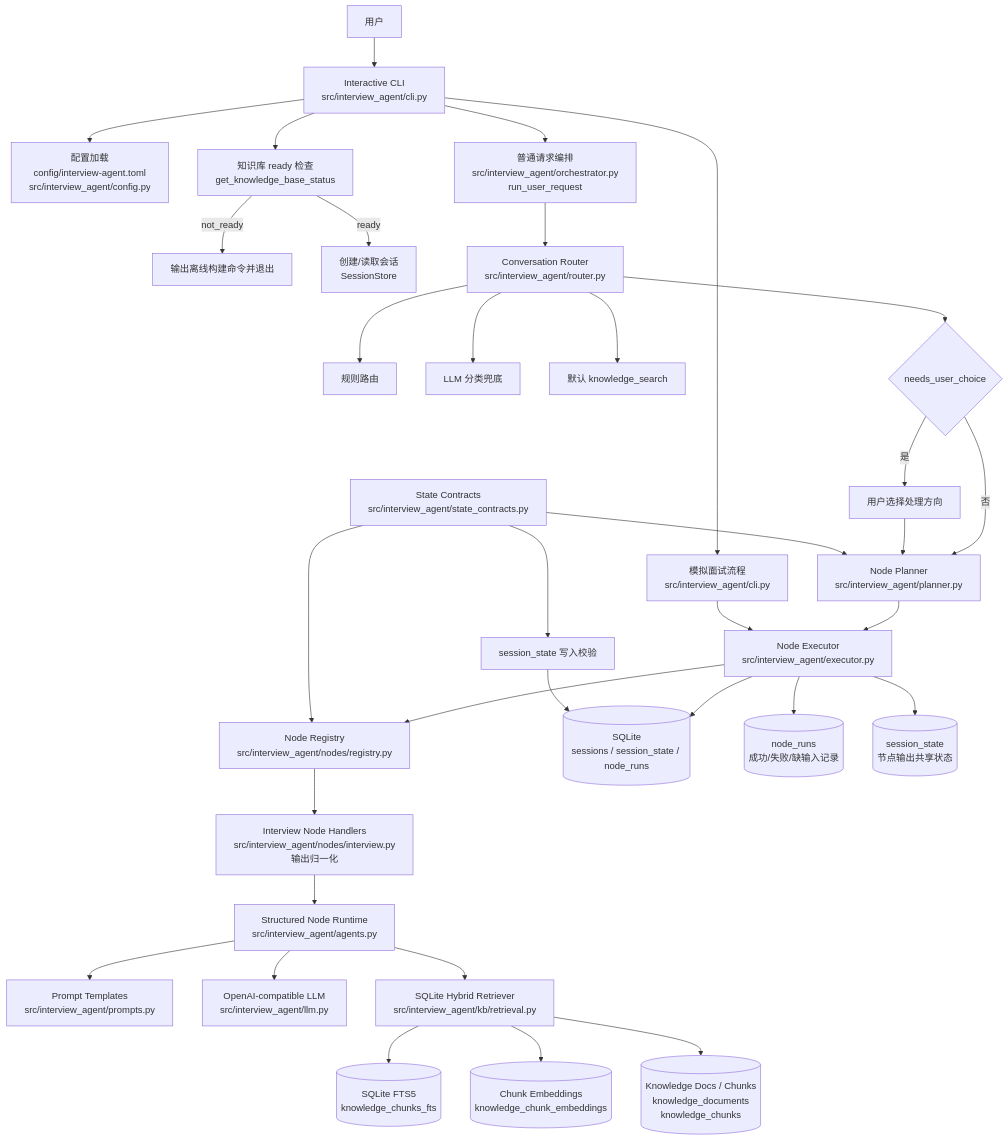
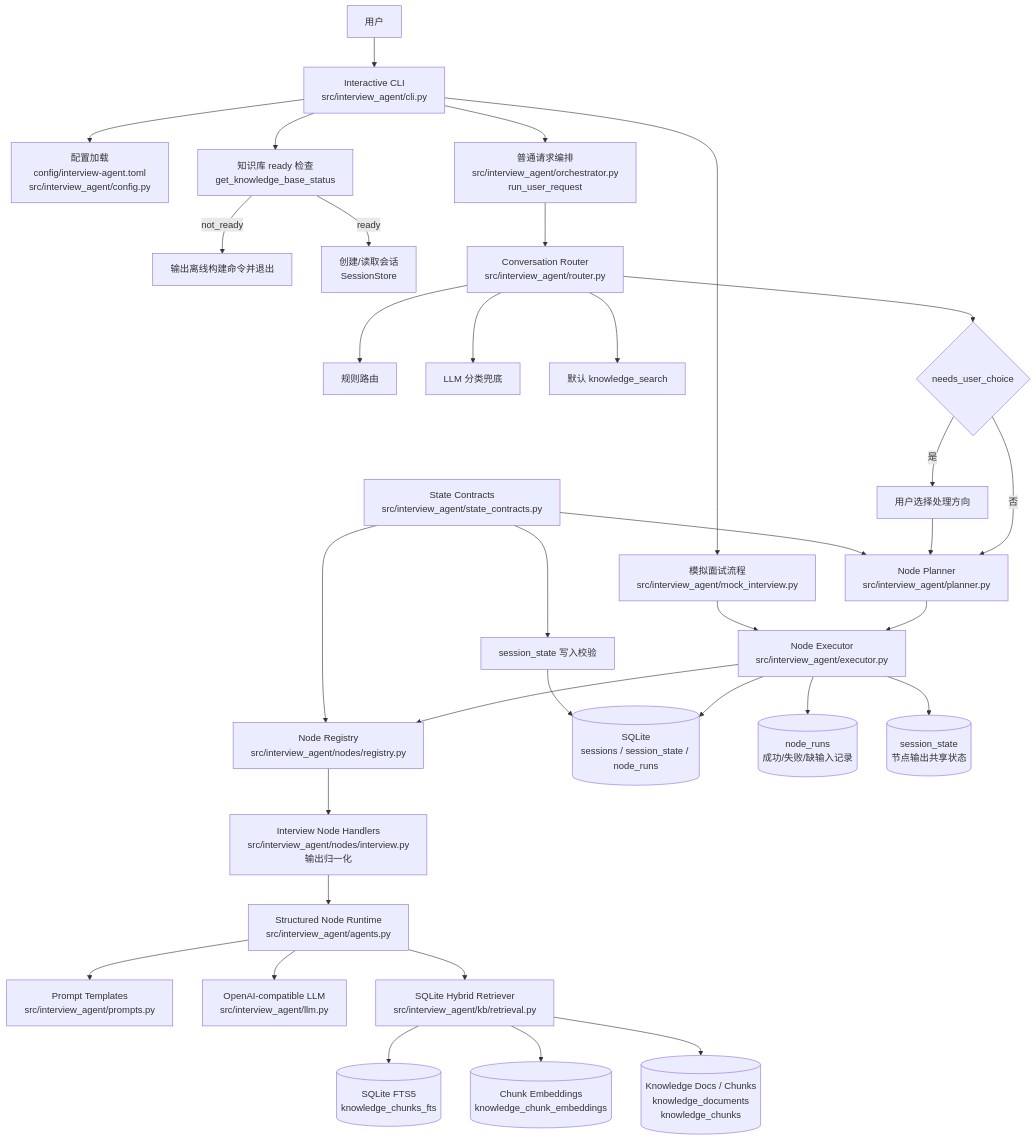
Before and after one commit to kaomianjin2/resume-agent: the first of 4 diagrams in docs/architecture.md, drawn with Mermaid. The commit also changed other lines of this file and 6 other files, not shown here.

Commit message:
refactor: split mock interview flow

````diff
--- a/docs/architecture.md
+++ b/docs/architecture.md
@@ -15,45 +15,45 @@
 ```mermaid
 flowchart TD
     User[用户] --> CLI[Interactive CLI<br/>src/interview_agent/cli.py]
 
     CLI --> Config[配置加载<br/>config/interview-agent.toml<br/>src/interview_agent/config.py]
     CLI --> KBReady[知识库 ready 检查<br/>get_knowledge_base_status]
     KBReady -->|not_ready| OfflineHint[输出离线构建命令并退出]
     KBReady -->|ready| Session[创建/读取会话<br/>SessionStore]
 
     CLI --> Orchestrator[普通请求编排<br/>src/interview_agent/orchestrator.py<br/>run_user_request]
-    CLI --> MockFlow[模拟面试流程<br/>src/interview_agent/cli.py]
+    CLI --> MockFlow[模拟面试流程<br/>src/interview_agent/mock_interview.py]
     Orchestrator --> Router[Conversation Router<br/>src/interview_agent/router.py]
     Router --> RuleRoute[规则路由]
     Router --> LLMRoute[LLM 分类兜底]
     Router --> DefaultRoute[默认 knowledge_search]
     Router --> DirectionChoice{needs_user_choice}
     DirectionChoice -->|是| UserChoice[用户选择处理方向]
     DirectionChoice -->|否| Planner
 
     UserChoice --> Planner
     Planner[Node Planner<br/>src/interview_agent/planner.py]
     StateContracts[State Contracts<br/>src/interview_agent/state_contracts.py]
     StateContracts --> Planner
     Planner --> Executor[Node Executor<br/>src/interview_agent/executor.py]
     MockFlow --> Executor
 
     Executor --> Registry[Node Registry<br/>src/interview_agent/nodes/registry.py]
     StateContracts --> Registry
     StateContracts --> SessionValidation[session_state 写入校验]
     Registry --> Handlers[Interview Node Handlers<br/>src/interview_agent/nodes/interview.py<br/>输出归一化]
 
     Executor --> SQLite[(SQLite<br/>sessions / session_state / node_runs)]
     SessionValidation --> SQLite
     Handlers --> AgentRuntime[Structured Node Runtime<br/>src/interview_agent/agents.py]
     AgentRuntime --> Prompts[Prompt Templates<br/>src/interview_agent/prompts.py]
     AgentRuntime --> LLM[OpenAI-compatible LLM<br/>src/interview_agent/llm.py]
     AgentRuntime --> Retriever[SQLite Hybrid Retriever<br/>src/interview_agent/kb/retrieval.py]
 
     Retriever --> FTS[(SQLite FTS5<br/>knowledge_chunks_fts)]
     Retriever --> Embeddings[(Chunk Embeddings<br/>knowledge_chunk_embeddings)]
     Retriever --> KBChunks[(Knowledge Docs / Chunks<br/>knowledge_documents<br/>knowledge_chunks)]
 
     Executor --> Runs[(node_runs<br/>成功/失败/缺输入记录)]
     Executor --> State[(session_state<br/>节点输出共享状态)]
 ```
````
